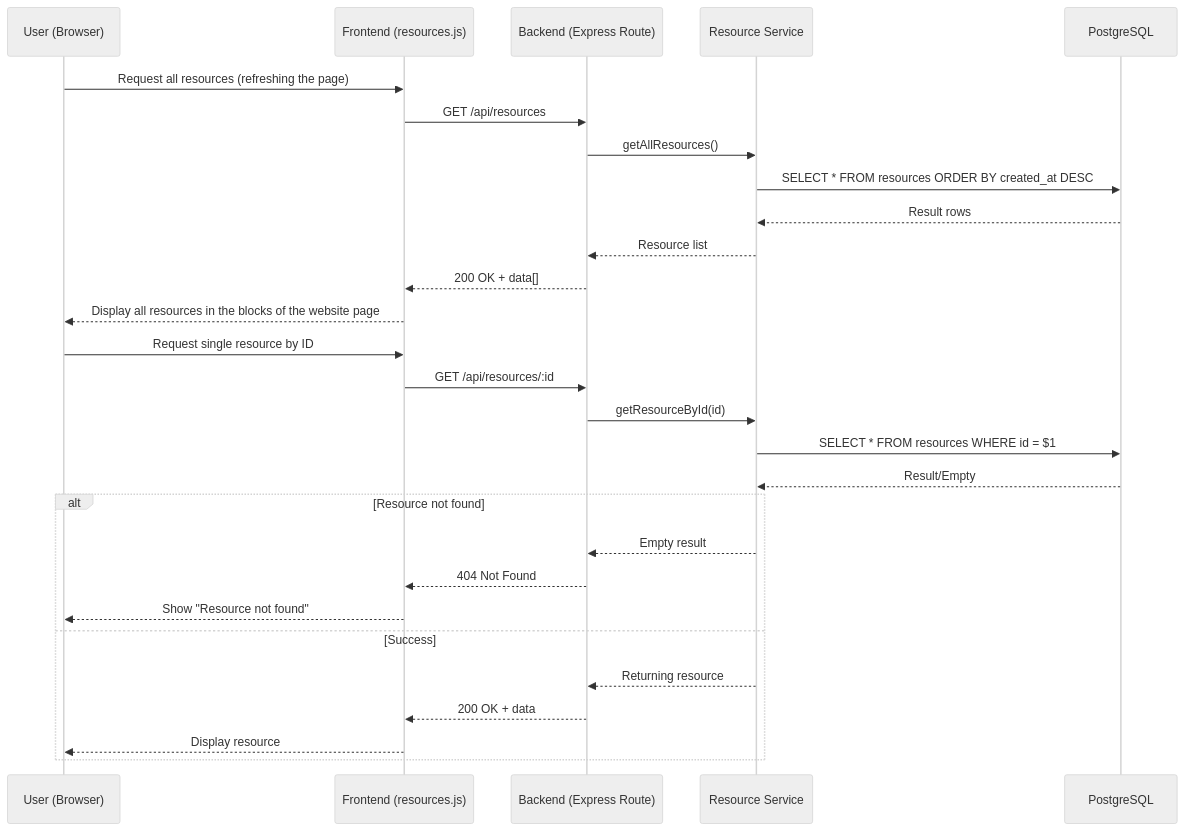
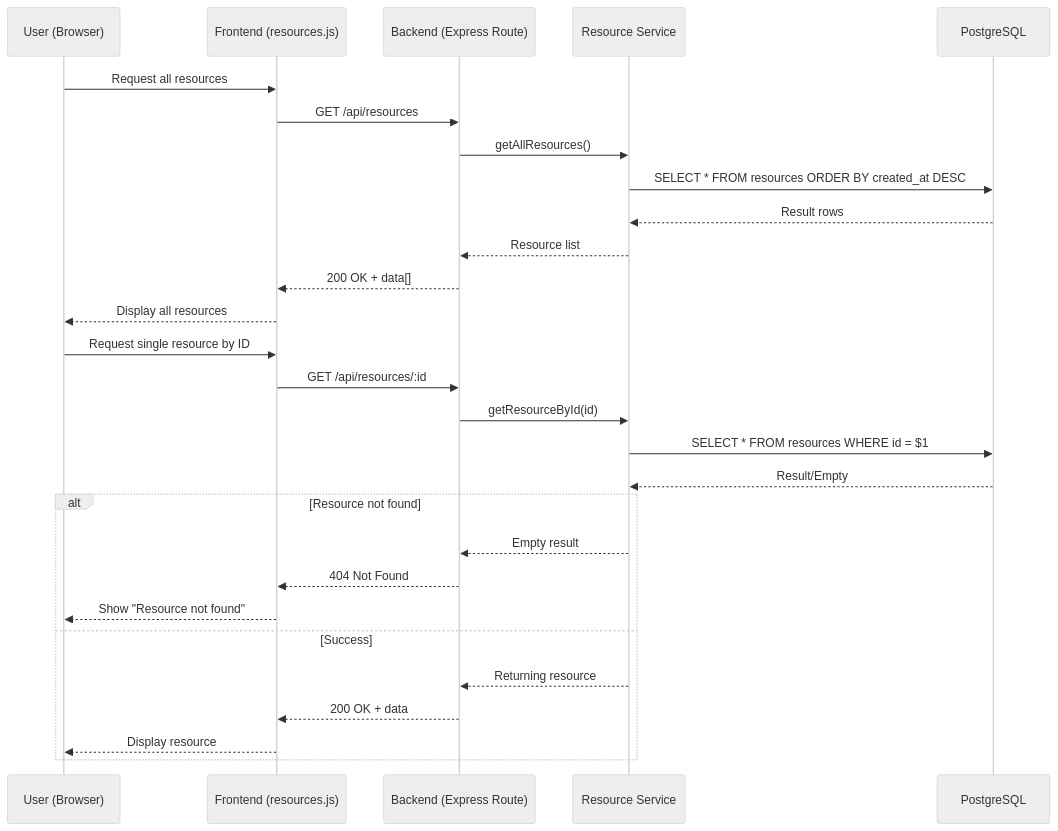
One commit to Mehdi-Mor/AdvancedWebDev changed the second of 3 diagrams in BookingSystemPhase6/G1_CRUD_DataFlow.md. Above: the diagram before and after it, drawn with Mermaid (neutral theme).

````diff
--- a/BookingSystemPhase6/G1_CRUD_DataFlow.md
+++ b/BookingSystemPhase6/G1_CRUD_DataFlow.md
@@ -41,36 +41,36 @@
 ```mermaid
 sequenceDiagram
     participant U as User (Browser)
     participant F as Frontend (resources.js)
     participant B as Backend (Express Route)
     participant S as Resource Service
     participant DB as PostgreSQL
 
-    U->>F: Request all resources (refreshing the page)
+    U->>F: Request all resources
     F->>B: GET /api/resources
 
     B->>S: getAllResources()
     S->>DB: SELECT * FROM resources ORDER BY created_at DESC
     DB-->>S: Result rows
 
     S-->>B: Resource list
     B-->>F: 200 OK + data[]
-    F-->>U: Display all resources in the blocks of the website page
+    F-->>U: Display all resources
 
     U->>F: Request single resource by ID
     F->>B: GET /api/resources/:id
 
     B->>S: getResourceById(id)
     S->>DB: SELECT * FROM resources WHERE id = $1
     DB-->>S: Result/Empty
 
     alt Resource not found
         S-->>B: Empty result
         B-->>F: 404 Not Found
         F-->>U: Show "Resource not found"
     else Success
         S-->>B: Returning resource
         B-->>F: 200 OK + data
         F-->>U: Display resource
     end
 ```
````
